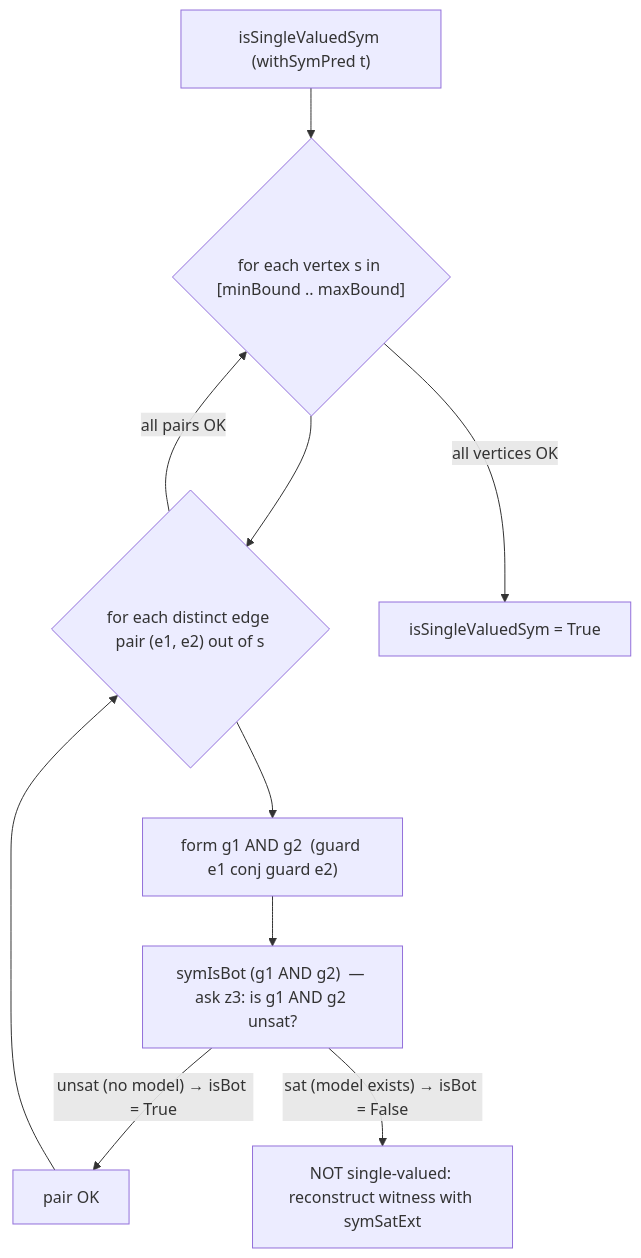
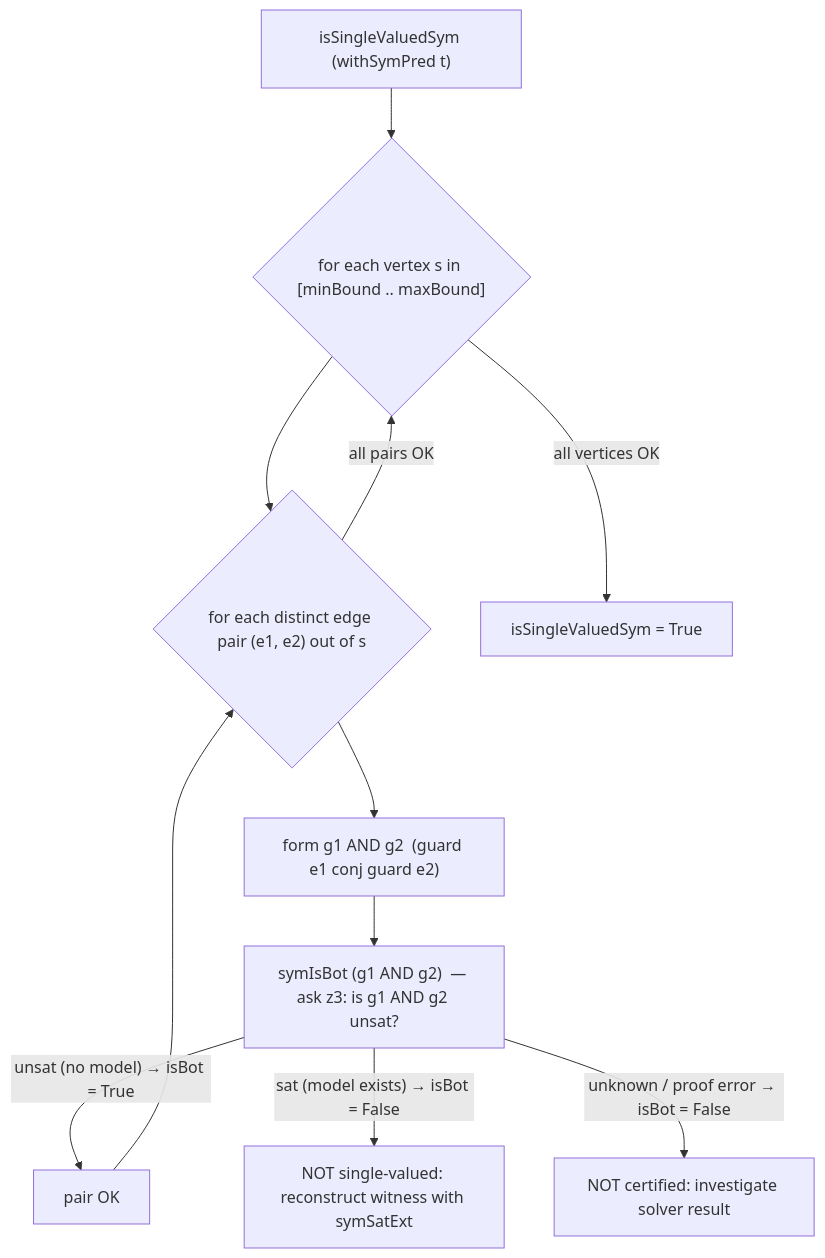
The diagram in content/docs/keiki/explanation/the-symbolic-ci-gate.mdx (shinzui/keiro-runtime-docs), drawn with Mermaid before and after one commit. The commit also changed other lines of this file and 34 other files, not shown here.

````diff
--- a/content/docs/keiki/explanation/the-symbolic-ci-gate.mdx
+++ b/content/docs/keiki/explanation/the-symbolic-ci-gate.mdx
@@ -86,12 +88,13 @@
 ```mermaid
 flowchart TB
   Start["isSingleValuedSym (withSymPred t)"] --> V{"for each vertex s in [minBound .. maxBound]"}
   V --> P{"for each distinct edge pair (e1, e2) out of s"}
   P --> Conj["form g1 AND g2  (guard e1 conj guard e2)"]
   Conj --> Bot["symIsBot (g1 AND g2)  — ask z3: is g1 AND g2 unsat?"]
   Bot -- "unsat (no model) → isBot = True" --> Next["pair OK"]
   Bot -- "sat (model exists) → isBot = False" --> Fail["NOT single-valued: reconstruct witness with symSatExt"]
+  Bot -- "unknown / proof error → isBot = False" --> Uncertain["NOT certified: investigate solver result"]
   Next --> P
   P -- "all pairs OK" --> V
   V -- "all vertices OK" --> Pass["isSingleValuedSym = True"]
 ```
````
